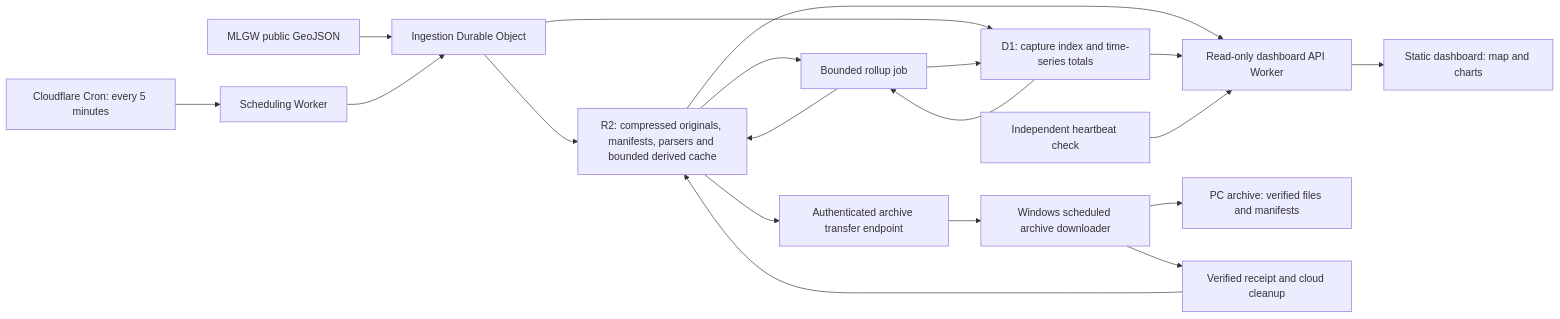
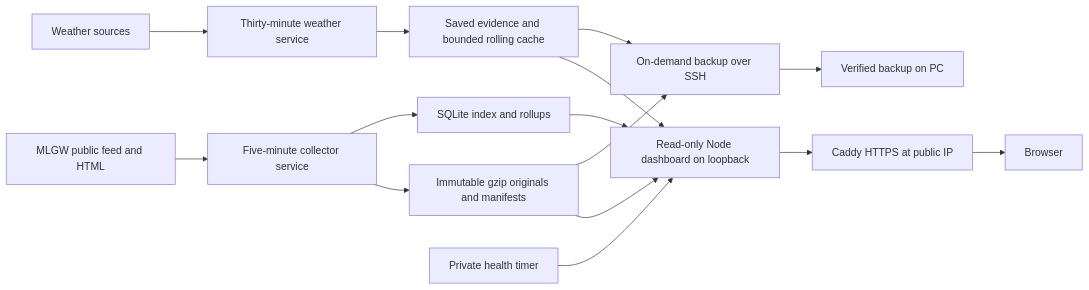
The diagram in DESIGN_PLAN.md (jpbranson/mlgw-outage-scraper), drawn with Mermaid before and after one commit. The commit also changed other lines of this file and 160 other files, not shown here.

````diff
--- a/DESIGN_PLAN.md
+++ b/DESIGN_PLAN.md
@@ -149,21 +159,17 @@
 ```mermaid
 flowchart LR
-    M[MLGW public GeoJSON] --> C[Ingestion Durable Object]
-    T[Cloudflare Cron: every 5 minutes] --> S[Scheduling Worker]
-    S --> C
-    C --> R[R2: compressed originals, manifests, parsers and bounded derived cache]
-    C --> D[D1: capture index and time-series totals]
-    R --> B[Bounded rollup job]
-    D --> B
-    B --> R
-    B --> D
-    R --> A[Read-only dashboard API Worker]
+    M[MLGW public feed and HTML] --> C[Five-minute collector service]
+    C --> R[Immutable gzip originals and manifests]
+    C --> D[SQLite index and rollups]
+    W[Weather sources] --> J[Thirty-minute weather service]
+    J --> E[Saved evidence and bounded rolling cache]
+    R --> A[Read-only Node dashboard on loopback]
     D --> A
-    A --> U[Static dashboard: map and charts]
-    H[Independent heartbeat check] --> A
-    R --> E[Authenticated archive transfer endpoint]
-    E --> P[Windows scheduled archive downloader]
-    P --> L[PC archive: verified files and manifests]
-    P --> V[Verified receipt and cloud cleanup]
-    V --> R
+    E --> A
+    A --> P[Caddy HTTPS at public IP]
+    P --> U[Browser]
+    H[Private health timer] --> A
+    R --> B[On-demand backup over SSH]
+    E --> B
+    B --> L[Verified backup on PC]
 ```
````
